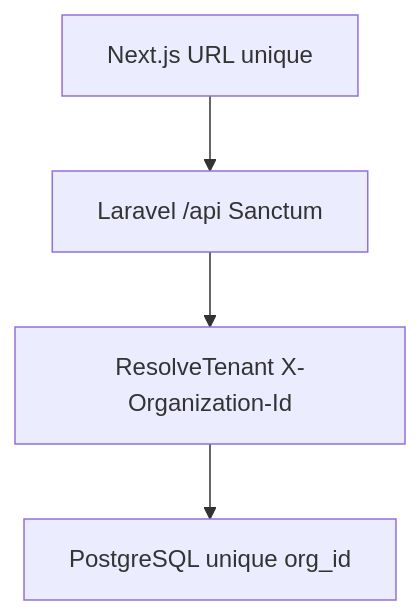
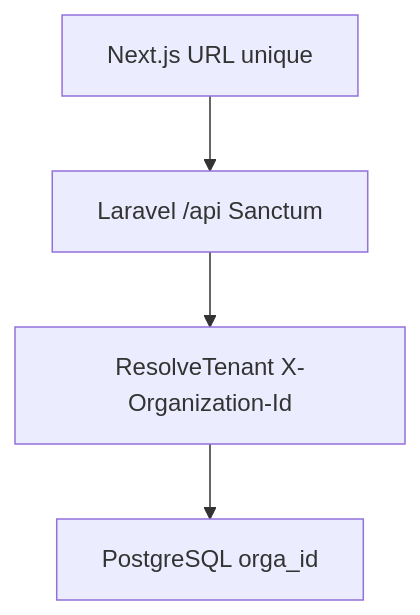
The diagram in docs/LARAVEL.md (Angui-dave/invomind), drawn with Mermaid before and after one commit. The commit also changed other lines of this file and 381 other files, not shown here.

````diff
--- a/docs/LARAVEL.md
+++ b/docs/LARAVEL.md
@@ -28,6 +31,6 @@
 ```mermaid
 flowchart TB
   App["Next.js URL unique"] --> API["Laravel /api Sanctum"]
   API --> Mid["ResolveTenant X-Organization-Id"]
-  Mid --> DB["PostgreSQL unique org_id"]
+  Mid --> DB["PostgreSQL orga_id"]
 ```
````
